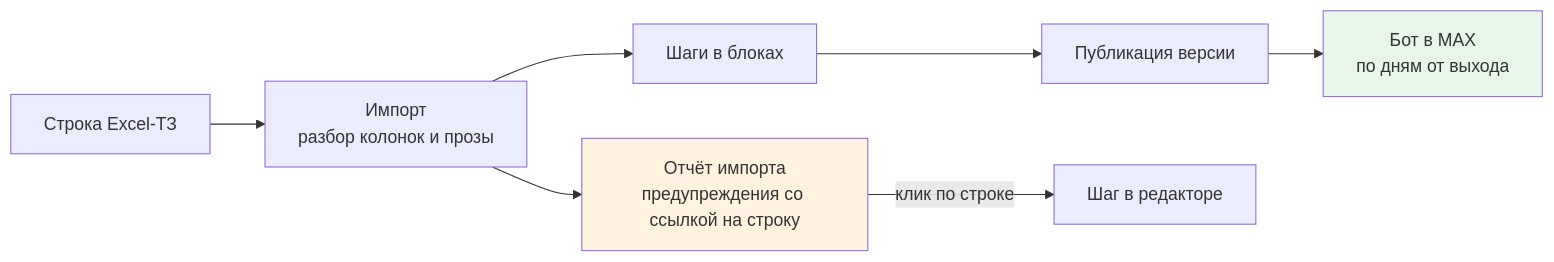
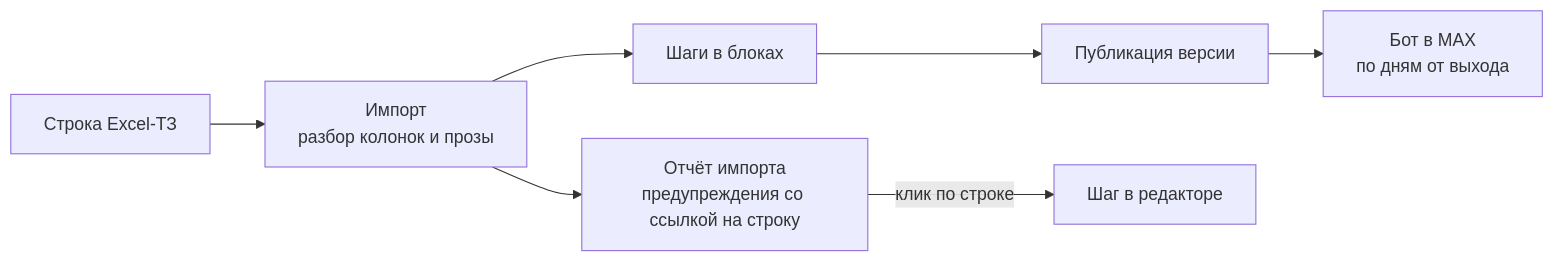
One commit to kunak-agency/polyplastic-bot changed the first of 2 diagrams in agency/system/Human/04-excel-to-platform.md. Above: the diagram before and after it, drawn with Mermaid. The commit also changed other lines of this file and 6 other files, not shown here.

Commit message:
Документы для человека: схема «Из чего состоит система» без двусторонних стрелок и раскраски — рендерится в старых просмотрщиках Mermaid

````diff
--- a/agency/system/Human/04-excel-to-platform.md
+++ b/agency/system/Human/04-excel-to-platform.md
@@ -69,11 +69,9 @@
 ```mermaid
 flowchart LR
     X["Строка Excel-ТЗ"] --> I["Импорт<br/>разбор колонок и прозы"]
     I --> S["Шаги в блоках"]
     I --> R["Отчёт импорта<br/>предупреждения со ссылкой на строку"]
     S --> P["Публикация версии"]
     P --> B["Бот в MAX<br/>по дням от выхода"]
     R -->|"клик по строке"| E["Шаг в редакторе"]
-    style R fill:#fff3e0
-    style B fill:#e8f5e9
 ```
````
